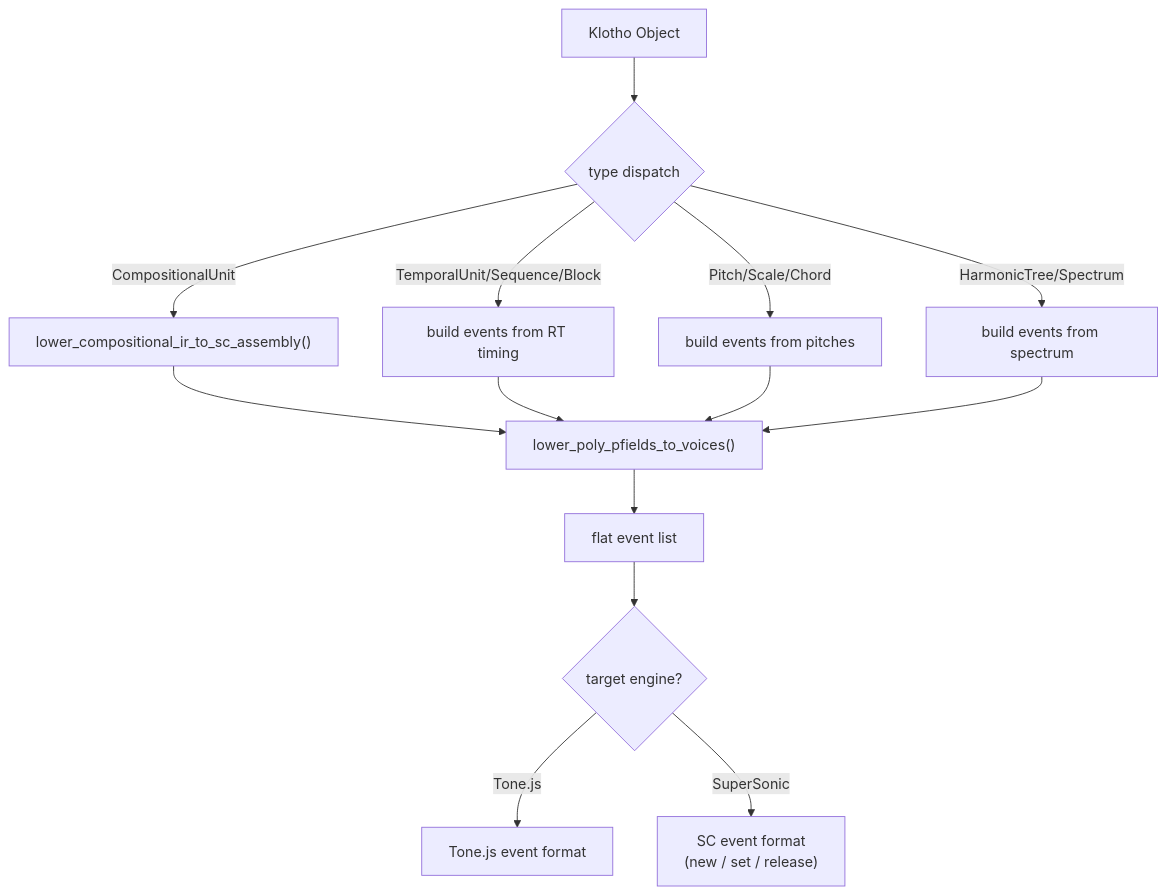
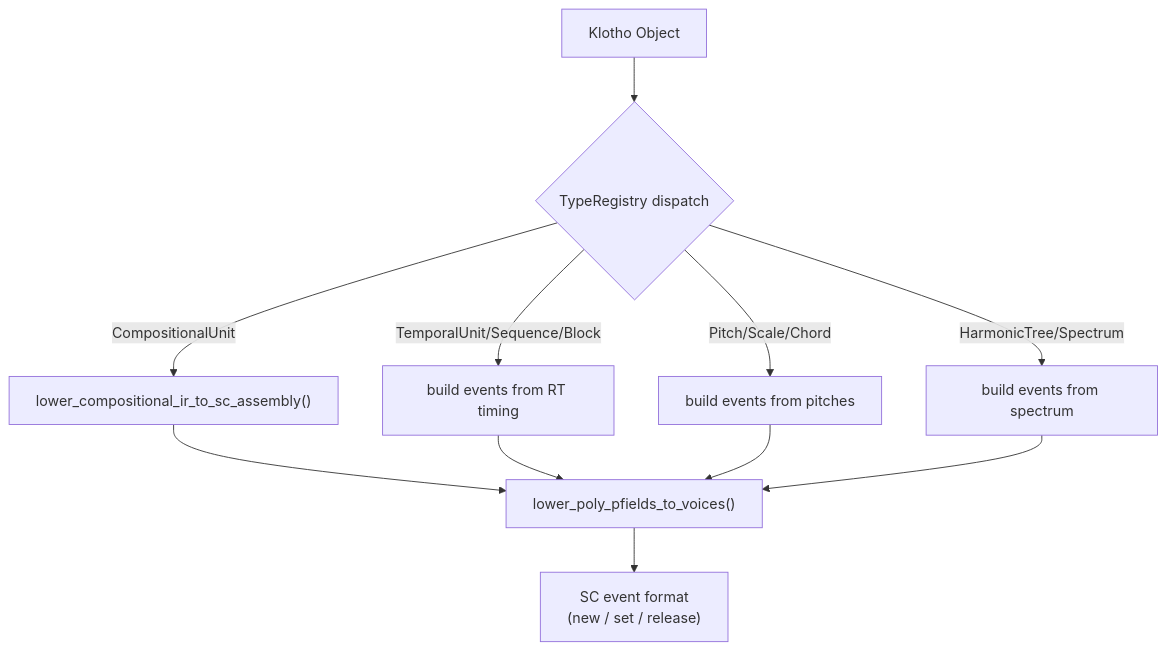
One commit to kr4g/Klotho changed the second of 4 diagrams in docs/architecture/07_PLAYBACK.md. Above: the diagram before and after it, drawn with Mermaid. The commit also changed other lines of this file and 59 other files, not shown here.

````diff
--- a/docs/architecture/07_PLAYBACK.md
+++ b/docs/architecture/07_PLAYBACK.md
@@ -134,20 +136,16 @@
 ```mermaid
 flowchart TD
-    OBJ["Klotho Object"] --> TD{"type dispatch"}
+    OBJ["Klotho Object"] --> TD{"TypeRegistry dispatch"}
 
     TD -->|"CompositionalUnit"| UCIR["lower_compositional_ir_to_sc_assembly()"]
     TD -->|"TemporalUnit/Sequence/Block"| UTIR["build events from RT timing"]
     TD -->|"Pitch/Scale/Chord"| PCIR["build events from pitches"]
     TD -->|"HarmonicTree/Spectrum"| HTIR["build events from spectrum"]
 
     UCIR --> VOICE["lower_poly_pfields_to_voices()"]
     UTIR --> VOICE
     PCIR --> VOICE
     HTIR --> VOICE
 
-    VOICE --> FLAT["flat event list"]
-
-    FLAT --> FMT{"target engine?"}
-    FMT -->|Tone.js| TJ["Tone.js event format"]
-    FMT -->|SuperSonic| SC["SC event format<br/>(new / set / release)"]
+    VOICE --> SC["SC event format<br/>(new / set / release)"]
 ```
````
